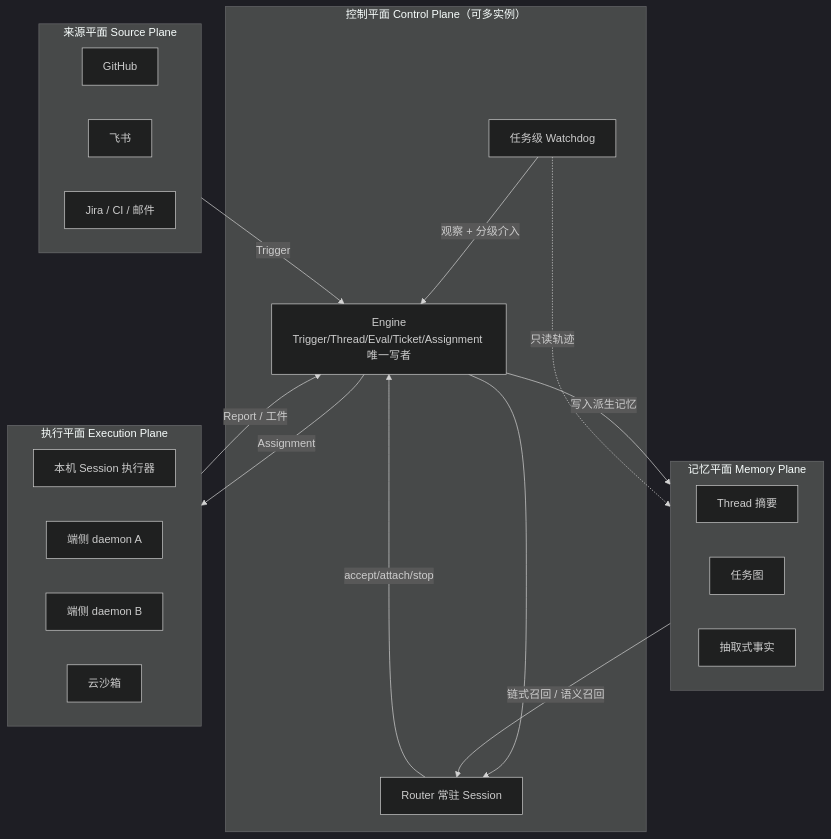
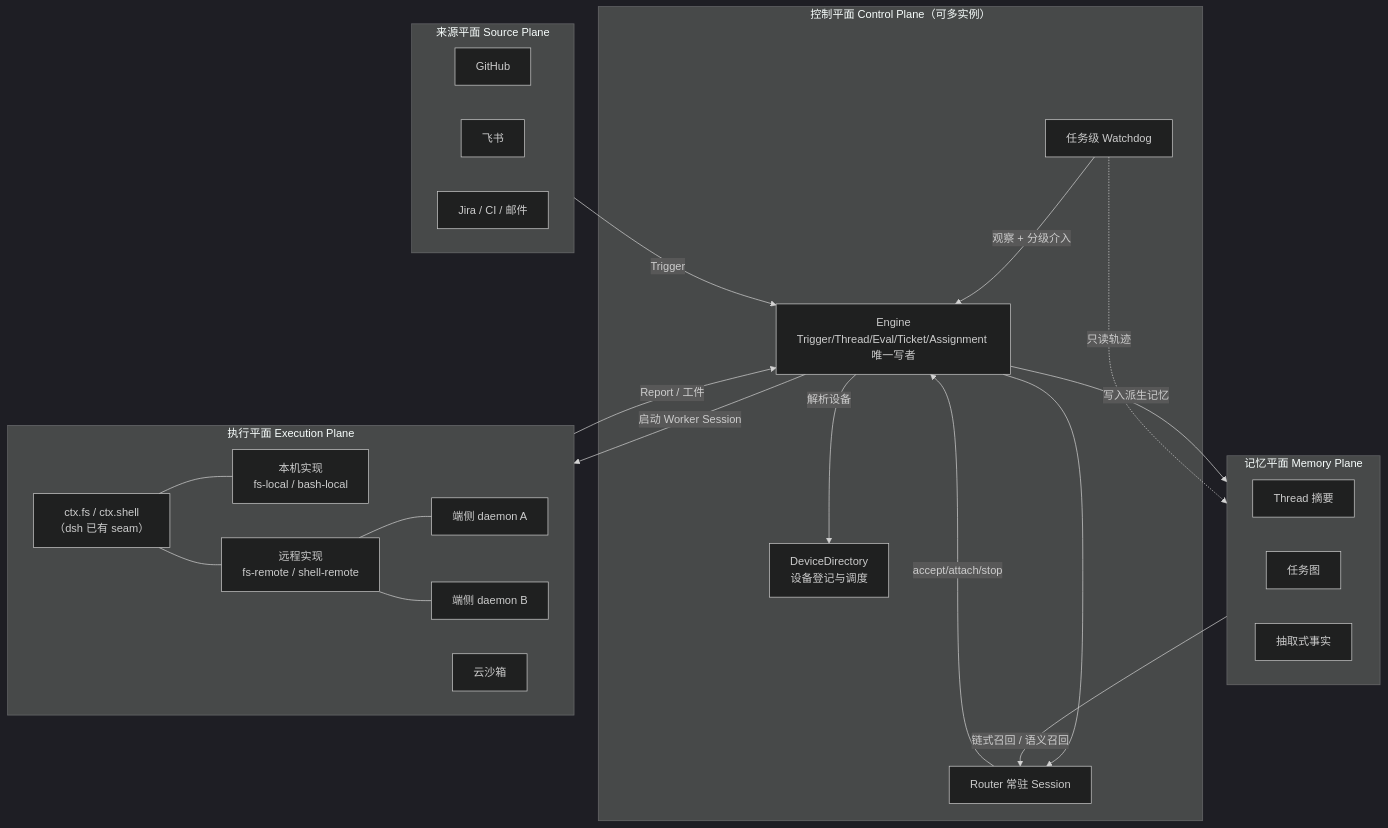
One commit to Mzy123l/dsh-super-agent changed the first of 6 diagrams in docs/20-design.md. Above: the diagram before and after it, drawn with Mermaid (dark theme). The commit also changed other lines of this file and 2 other files, not shown here.

First line of the commit message:
docs: 模块 E 改用 dsh 已有的 ctx.fs/ctx.shell seam

````diff
--- a/docs/20-design.md
+++ b/docs/20-design.md
@@ -35,33 +35,42 @@
 ```mermaid
 flowchart TB
   subgraph CP["控制平面 Control Plane（可多实例）"]
     R[Router 常驻 Session]
     E[Engine<br/>Trigger/Thread/Eval/Ticket/Assignment 唯一写者]
     W[任务级 Watchdog]
+    DD[DeviceDirectory<br/>设备登记与调度]
   end
   subgraph MP["记忆平面 Memory Plane"]
     L1[Thread 摘要]
     L2[任务图]
     L3[抽取式事实]
   end
   subgraph XP["执行平面 Execution Plane"]
-    S1[本机 Session 执行器]
-    S2[端侧 daemon A]
-    S3[端侧 daemon B]
+    direction LR
+    SEAM["ctx.fs / ctx.shell<br/>（dsh 已有 seam）"]
+    S1[本机实现<br/>fs-local / bash-local]
+    S2[远程实现<br/>fs-remote / shell-remote]
+    D1[端侧 daemon A]
+    D2[端侧 daemon B]
     CL[云沙箱]
+    SEAM --- S1
+    SEAM --- S2
+    S2 --- D1
+    S2 --- D2
   end
   subgraph SP["来源平面 Source Plane"]
     GH[GitHub]
     FS[飞书]
     JK[Jira / CI / 邮件]
   end
   SP -->|Trigger| E
   E --> R
   R -->|accept/attach/stop| E
-  E -->|Assignment| XP
+  E -->|解析设备| DD
+  E -->|启动 Worker Session| XP
   XP -->|Report / 工件| E
   E -->|写入派生记忆| MP
   MP -->|链式召回 / 语义召回| R
   W -->|观察 + 分级介入| E
   W -.->|只读轨迹| MP
 ```
````
